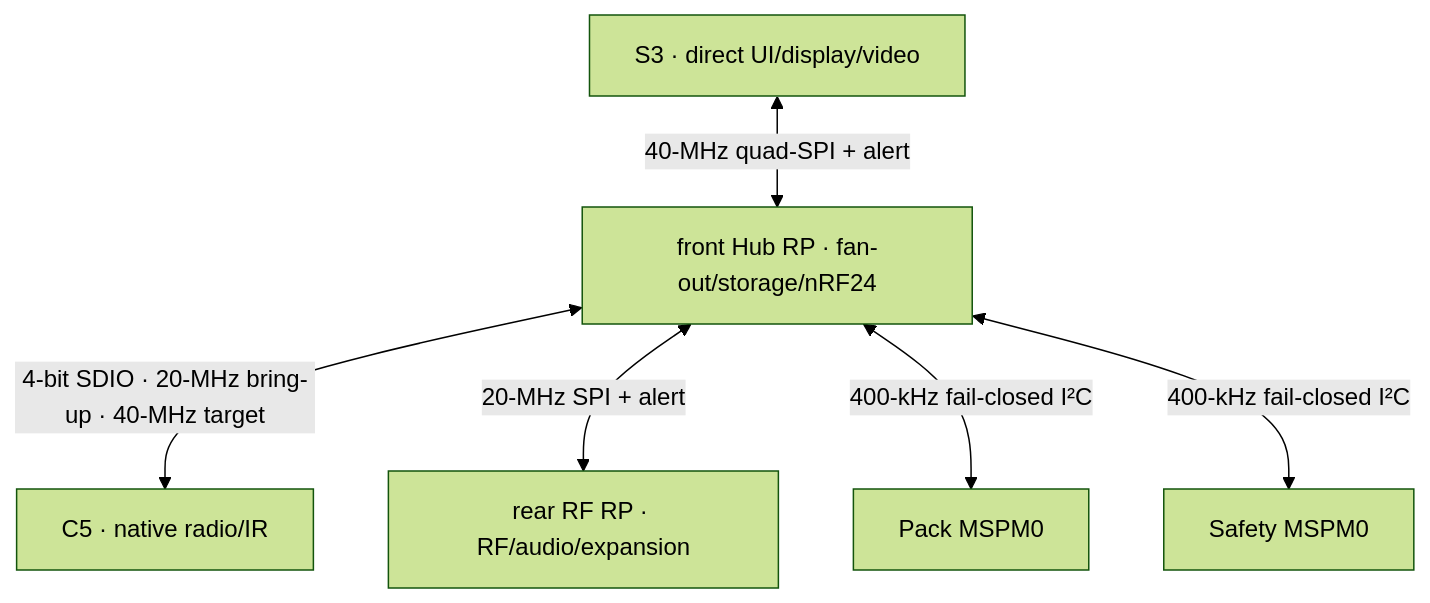
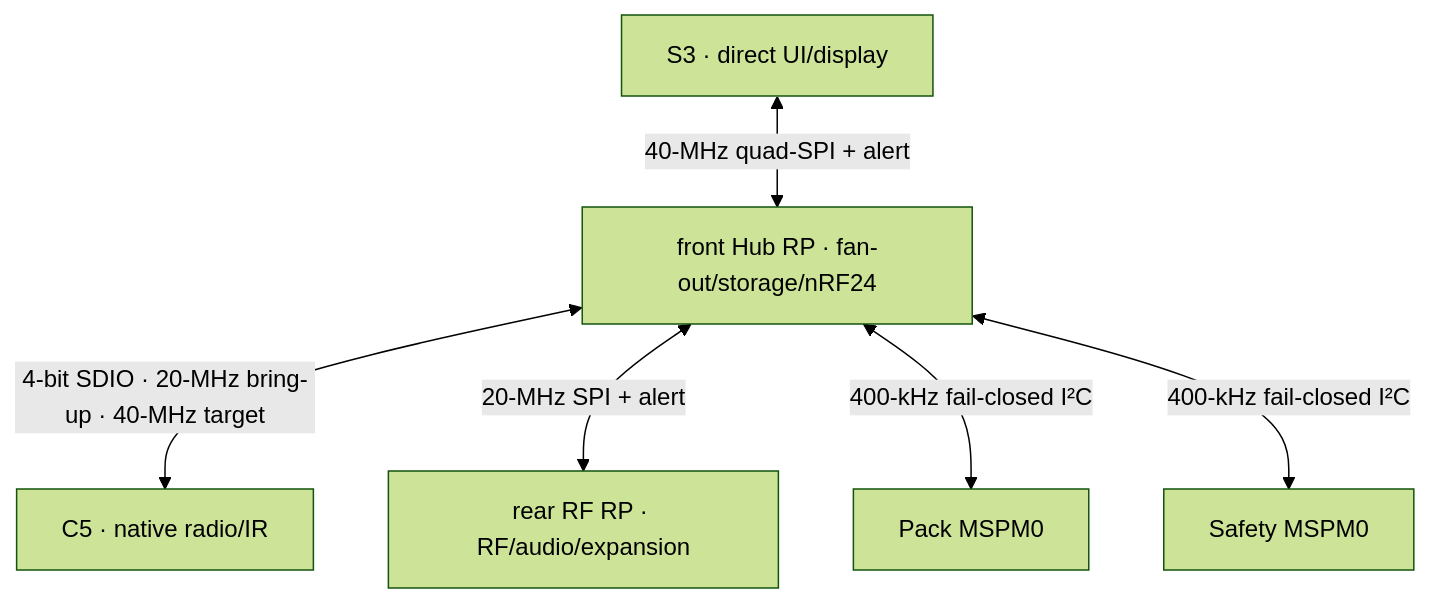
Before and after one commit to anton-vinogradov/esp32-leshy2-firmware: the diagram in docs/architecture.md, drawn with Mermaid (forest theme). The commit also changed other lines of this file and 28 other files, not shown here.

````diff
--- a/docs/architecture.md
+++ b/docs/architecture.md
@@ -29,8 +29,8 @@
 ```mermaid
 flowchart TD
-  S3["S3 · direct UI/display/video"] <-->|"40-MHz quad-SPI + alert"| HUB["front Hub RP · fan-out/storage/nRF24"]
+  S3["S3 · direct UI/display"] <-->|"40-MHz quad-SPI + alert"| HUB["front Hub RP · fan-out/storage/nRF24"]
   HUB <-->|"4-bit SDIO · 20-MHz bring-up · 40-MHz target"| C5["C5 · native radio/IR"]
   HUB <-->|"20-MHz SPI + alert"| RF["rear RF RP · RF/audio/expansion"]
   HUB <-->|"400-kHz fail-closed I²C"| PACK["Pack MSPM0"]
   HUB <-->|"400-kHz fail-closed I²C"| SAFE["Safety MSPM0"]
 ```
````
